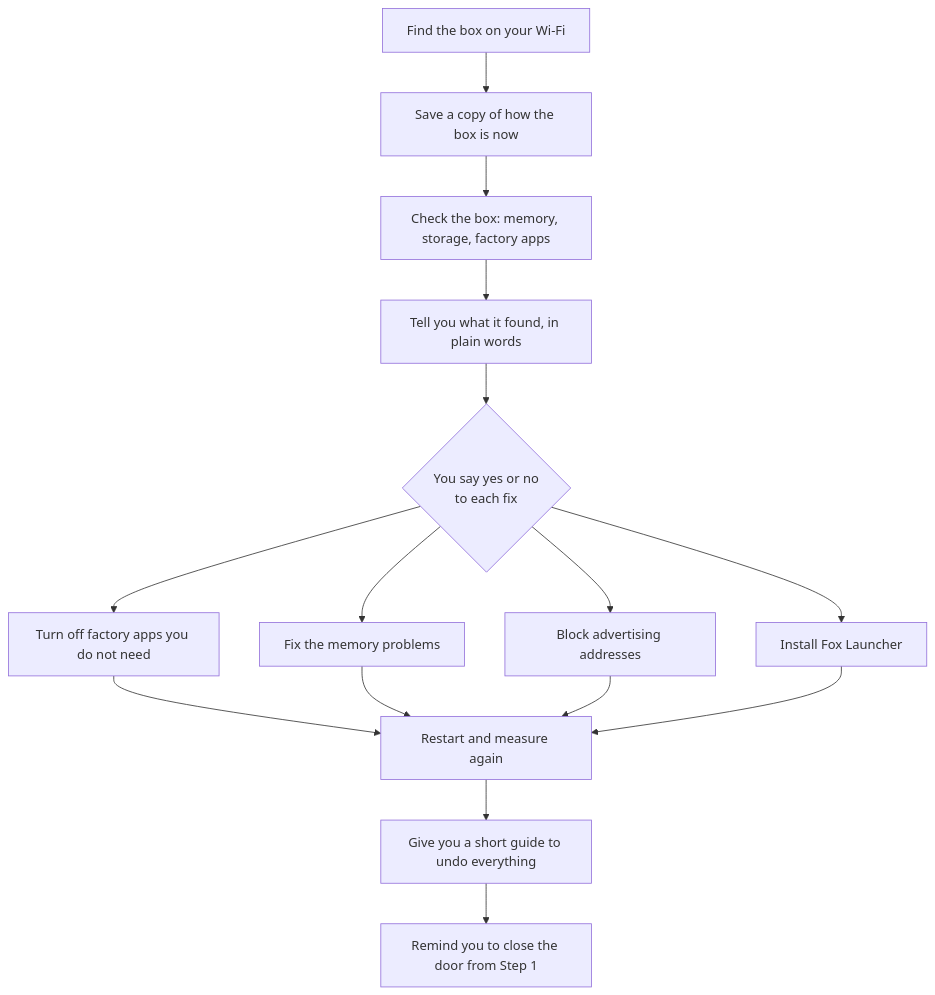
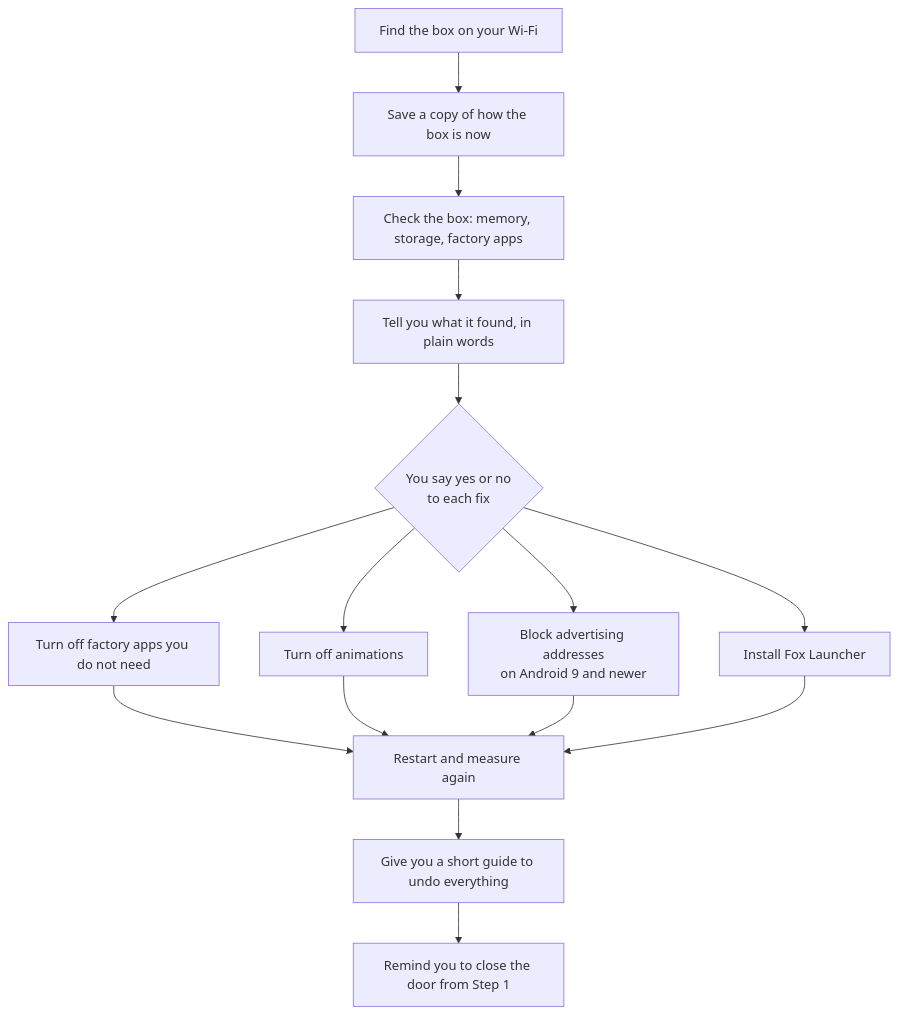
The diagram in README.md (franco-valenzuela/fox-launcher-tvbox), drawn with Mermaid before and after one commit. The commit also changed other lines of this file and 19 other files, not shown here.

````diff
--- a/README.md
+++ b/README.md
@@ -80,17 +82,17 @@
 ```mermaid
 flowchart TD
     A[Find the box on your Wi-Fi] --> B[Save a copy of how the box is now]
     B --> C[Check the box: memory, storage, factory apps]
     C --> D[Tell you what it found, in plain words]
     D --> E{You say yes or no<br/>to each fix}
     E --> F[Turn off factory apps you do not need]
-    E --> G[Fix the memory problems]
-    E --> H[Block advertising addresses]
+    E --> G[Turn off animations]
+    E --> H[Block advertising addresses<br/>on Android 9 and newer]
     E --> I[Install Fox Launcher]
     F --> J[Restart and measure again]
     G --> J
     H --> J
     I --> J
     J --> K[Give you a short guide to undo everything]
     K --> L[Remind you to close the door from Step 1]
 ```
````
